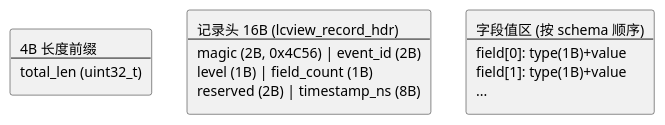
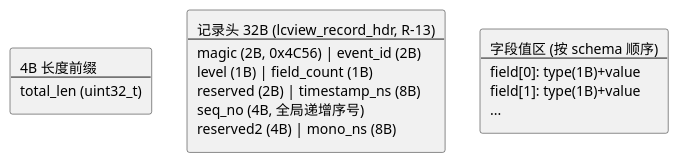
The sixth of 16 diagrams in docs/01-打点增强/01.01-内核态增强-lcview-kernel.md (lechao365/AndroidSystemEnhance), drawn with PlantUML before and after one commit. The commit also changed other lines of this file and 146 other files, not shown here.

````diff
--- a/docs/01-打点增强/01.01-内核态增强-lcview-kernel.md
+++ b/docs/01-打点增强/01.01-内核态增强-lcview-kernel.md
@@ -175,10 +175,10 @@
 ```plantuml
 @startuml
 rectangle "4B 长度前缀\n----\ntotal_len (uint32_t)" as PREFIX
-rectangle "记录头 16B (lcview_record_hdr)\n----\nmagic (2B, 0x4C56) | event_id (2B)\nlevel (1B) | field_count (1B)\nreserved (2B) | timestamp_ns (8B)" as HDR
+rectangle "记录头 32B (lcview_record_hdr, R-13)\n----\nmagic (2B, 0x4C56) | event_id (2B)\nlevel (1B) | field_count (1B)\nreserved (2B) | timestamp_ns (8B)\nseq_no (4B, 全局递增序号)\nreserved2 (4B) | mono_ns (8B)" as HDR
 rectangle "字段值区 (按 schema 顺序)\n----\nfield[0]: type(1B)+value\nfield[1]: type(1B)+value\n..." as FIELDS
 
 PREFIX -right[hidden]-> HDR
 HDR -right[hidden]-> FIELDS
 @enduml
 ```
````
